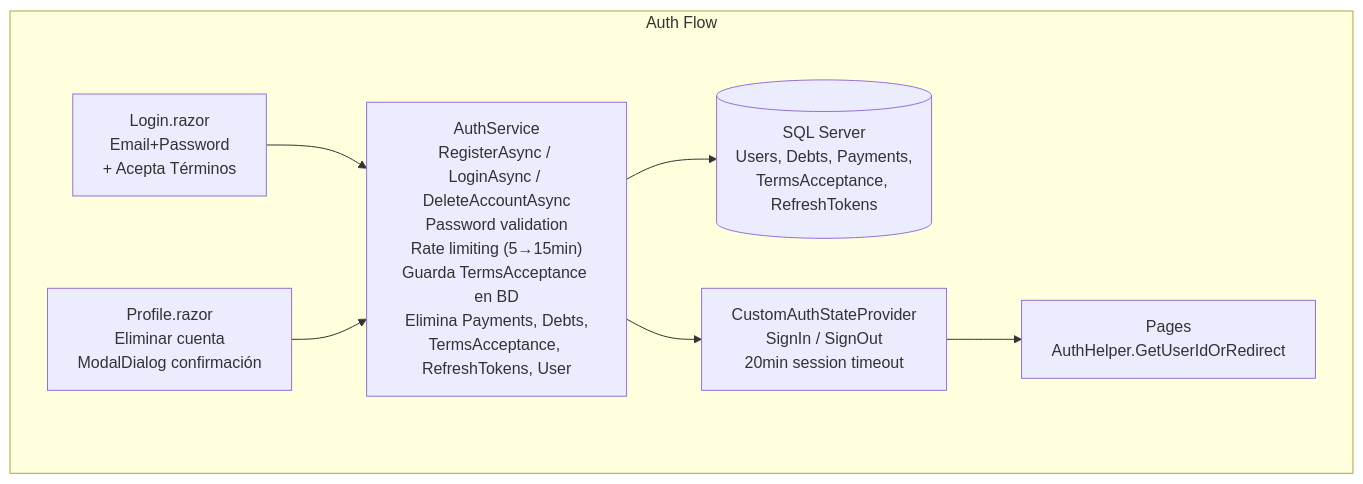
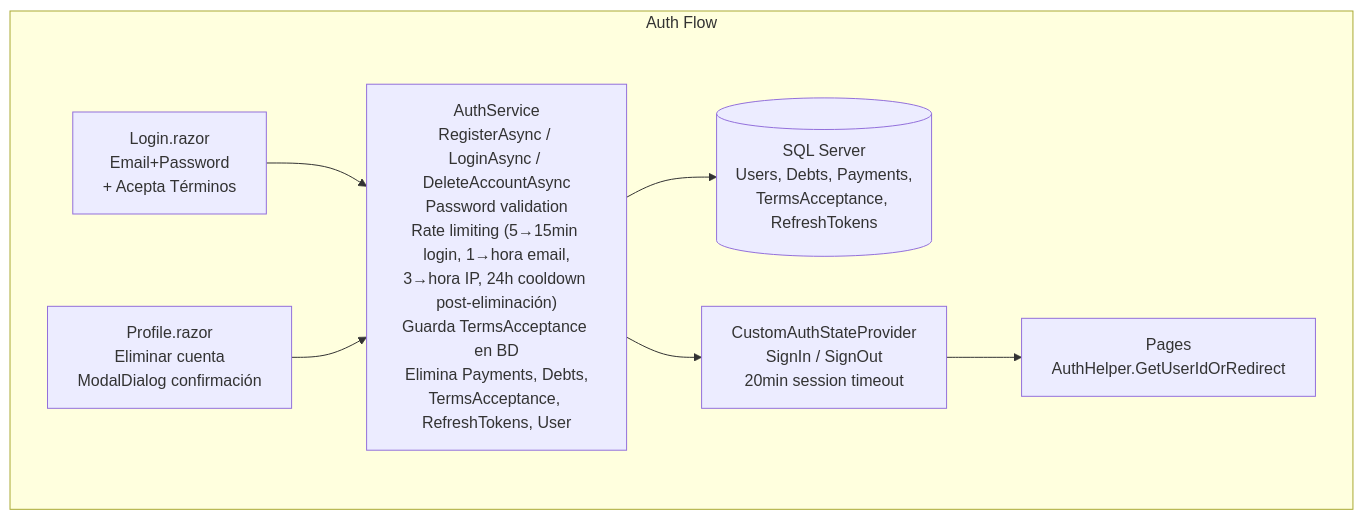
One commit to Reniato00/DebtsApp changed the fifth of 5 diagrams in AGENTS.md. Above: the diagram before and after it, drawn with Mermaid. The commit also changed 3 other files, not shown here.

````diff
--- a/AGENTS.md
+++ b/AGENTS.md
@@ -163,17 +163,17 @@
 ```mermaid
 flowchart TD
     subgraph AuthFlow["Auth Flow"]
         LOGIN["Login.razor\nEmail+Password\n+ Acepta Términos"]
         PROFILE["Profile.razor\nEliminar cuenta\nModalDialog confirmación"]
-        AS["AuthService\nRegisterAsync / LoginAsync / DeleteAccountAsync\nPassword validation\nRate limiting (5→15min)\nGuarda TermsAcceptance en BD\nElimina Payments, Debts,\nTermsAcceptance, RefreshTokens, User"]
+        AS["AuthService\nRegisterAsync / LoginAsync / DeleteAccountAsync\nPassword validation\nRate limiting (5→15min login, 1→hora email,\n3→hora IP, 24h cooldown post-eliminación)\nGuarda TermsAcceptance en BD\nElimina Payments, Debts,\nTermsAcceptance, RefreshTokens, User"]
         CSP["CustomAuthStateProvider\nSignIn / SignOut\n20min session timeout"]
         PAGES["Pages\nAuthHelper.GetUserIdOrRedirect"]
         DB[("SQL Server\nUsers, Debts, Payments,\nTermsAcceptance, RefreshTokens")]
     end
 
     LOGIN --> AS
     PROFILE --> AS
     AS --> DB
     AS --> CSP
     CSP --> PAGES
 ```
````
